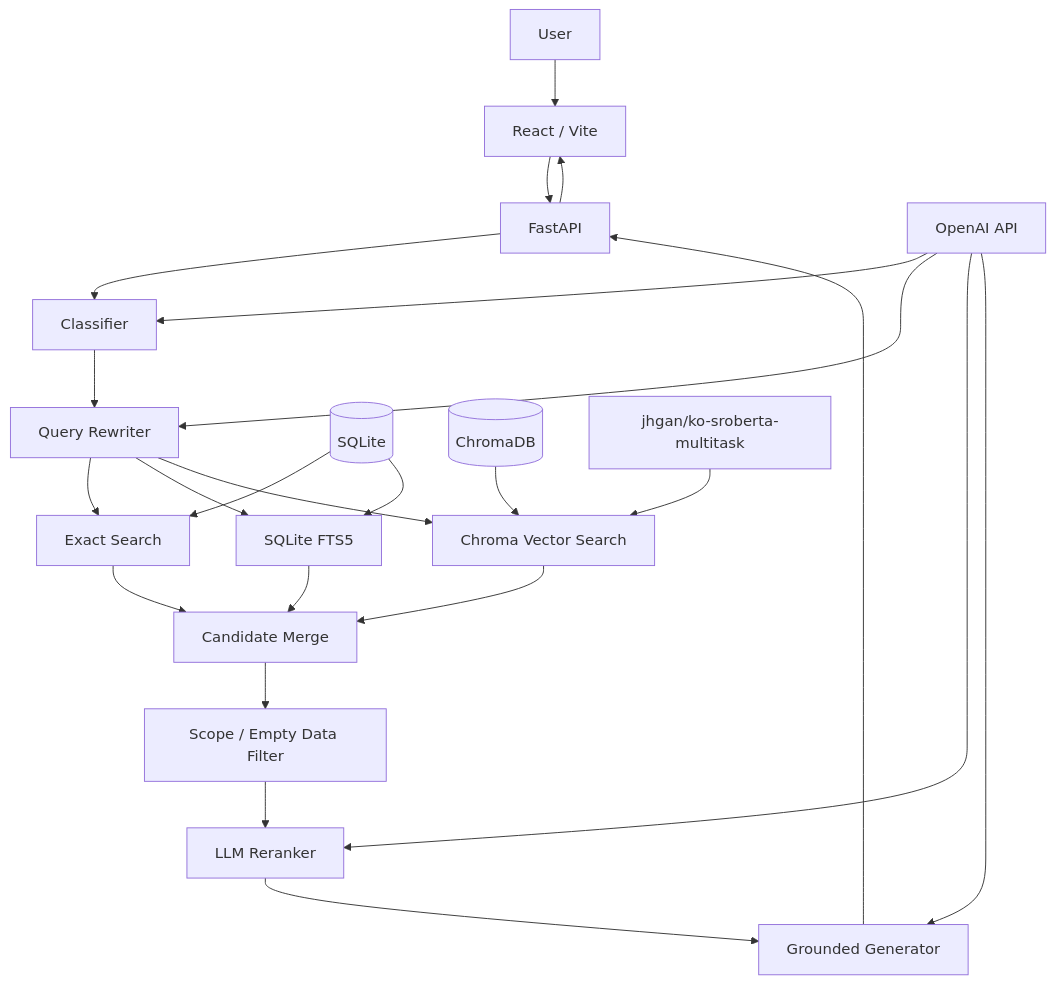
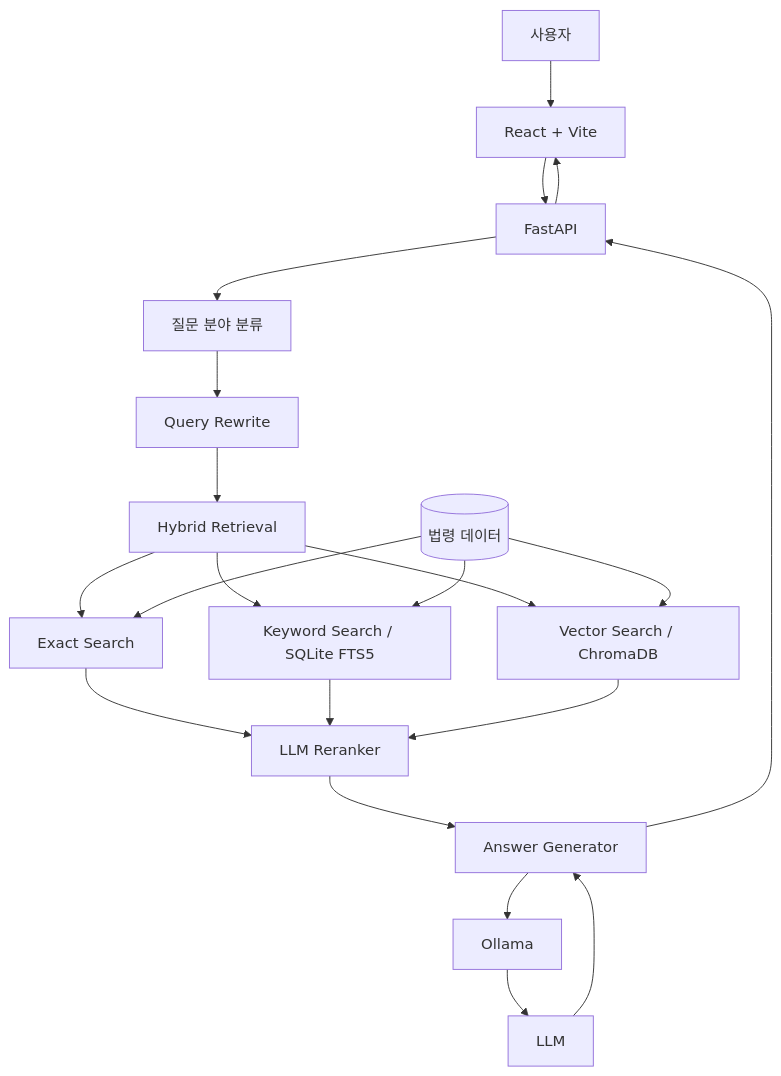
Before and after one commit to Lee-TaeGeon/Law-Action-Assistant: the diagram in README.md, drawn with Mermaid. The commit also changed other lines of this file and 1 other file, not shown here.

Commit message:
문서: Ollama 기반 아키텍처와 배포 환경에 맞게 README 개편

````diff
--- a/README.md
+++ b/README.md
@@ -202,36 +22,43 @@
 ```mermaid
 flowchart TD
 
-    U[User] --> FE[React / Vite]
+    U[사용자]
+    F[React + Vite]
+    B[FastAPI]
+    C[질문 분야 분류]
+    Q[Query Rewrite]
+    R[Hybrid Retrieval]
+    E[Exact Search]
+    K[Keyword Search / SQLite FTS5]
+    V[Vector Search / ChromaDB]
+    RR[LLM Reranker]
+    G[Answer Generator]
+    O[Ollama]
+    M[LLM]
+    D[(법령 데이터)]
 
-    FE --> API[FastAPI]
+    U --> F
+    F --> B
+    B --> C
+    C --> Q
+    Q --> R
 
-    API --> C[Classifier]
-    C --> QR[Query Rewriter]
+    R --> E
+    R --> K
+    R --> V
 
-    QR --> E[Exact Search]
-    QR --> K[SQLite FTS5]
-    QR --> V[Chroma Vector Search]
+    D --> E
+    D --> K
+    D --> V
 
-    E --> M[Candidate Merge]
-    K --> M
-    V --> M
+    E --> RR
+    K --> RR
+    V --> RR
 
-    M --> F[Scope / Empty Data Filter]
-    F --> R[LLM Reranker]
-    R --> G[Grounded Generator]
-
-    G --> API
-    API --> FE
-
-    DB1[(SQLite)] --> E
-    DB1 --> K
-
-    DB2[(ChromaDB)] --> V
-
-    EMB[jhgan/ko-sroberta-multitask] --> V
-    OAI[OpenAI API] --> C
-    OAI --> QR
-    OAI --> R
-    OAI --> G
+    RR --> G
+    G --> O
+    O --> M
+    M --> G
+    G --> B
+    B --> F
 ```
````
